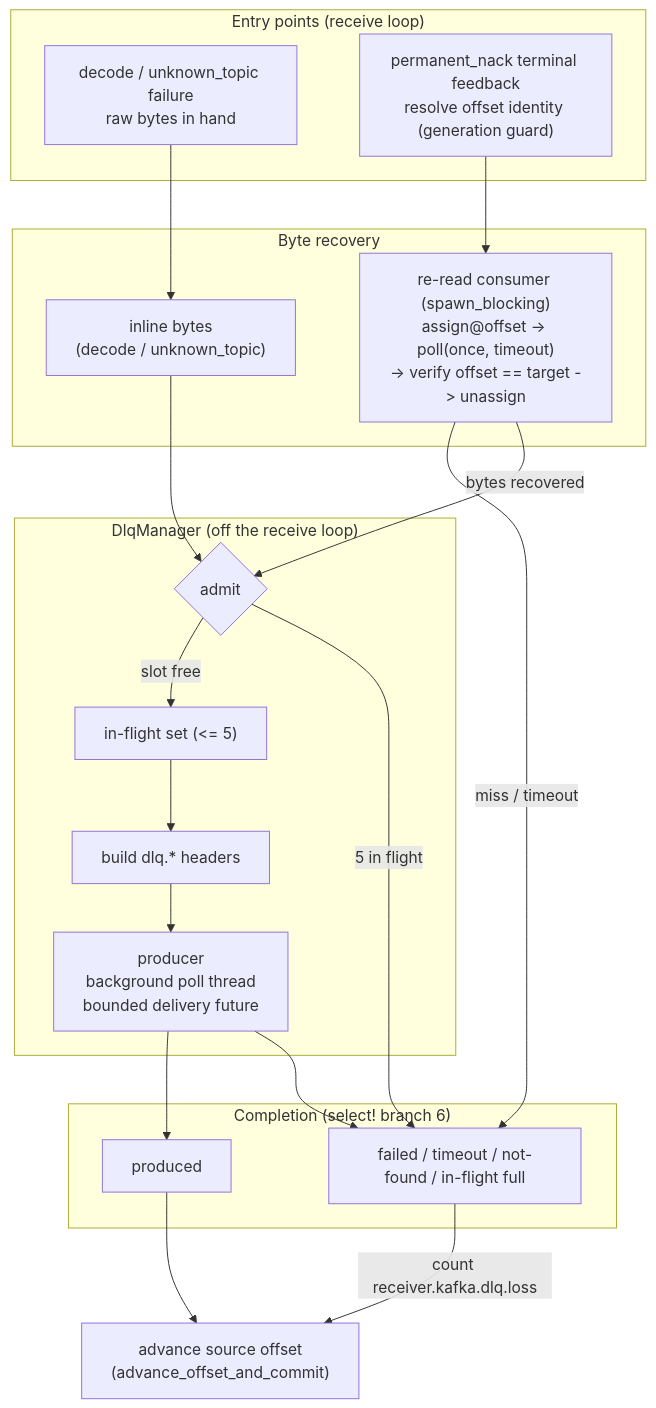
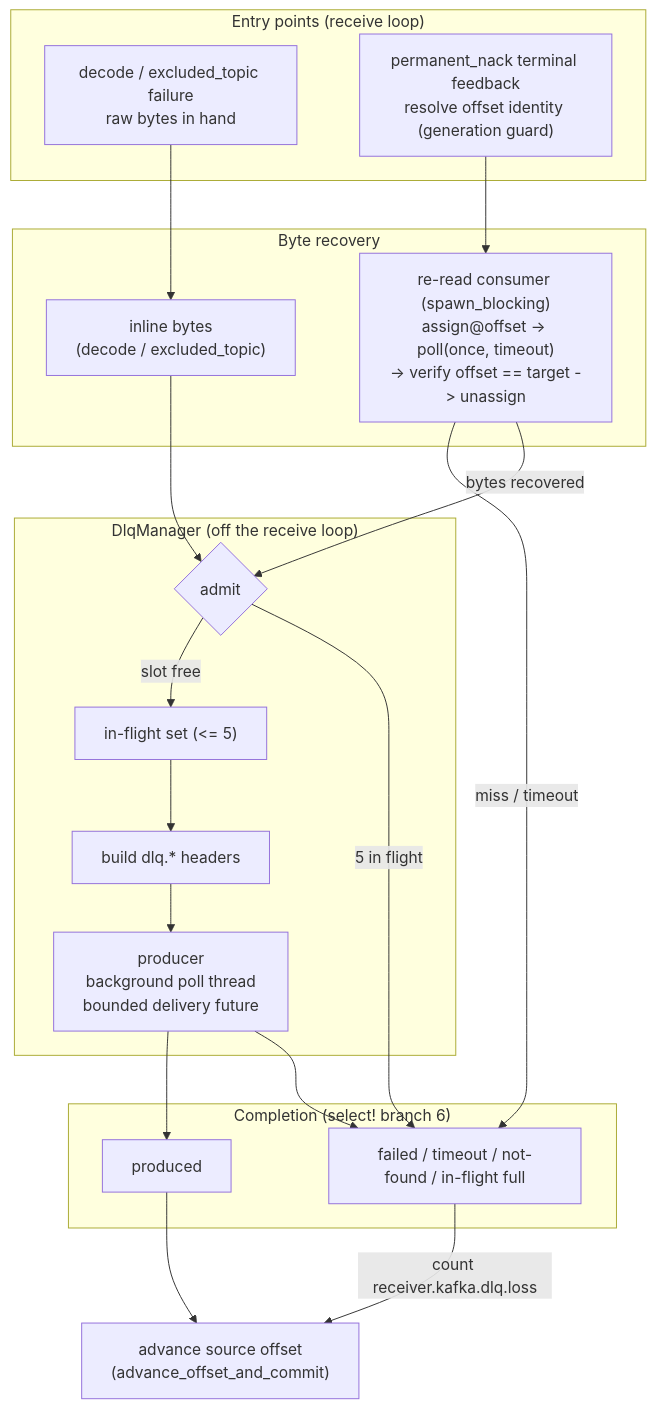
One commit to open-telemetry/otel-arrow changed the sixth of 7 diagrams in rust/otap-dataflow/crates/contrib-nodes/src/receivers/kafka_receiver/ARCHITECTURE.md. Above: the diagram before and after it, drawn with Mermaid. The commit also changed other lines of this file and 12 other files, not shown here.

Commit message:
add new tests changed unknown_topics to excluded_topics

````diff
--- a/rust/otap-dataflow/crates/contrib-nodes/src/receivers/kafka_receiver/ARCHITECTURE.md
+++ b/rust/otap-dataflow/crates/contrib-nodes/src/receivers/kafka_receiver/ARCHITECTURE.md
@@ -361,39 +362,39 @@
 ```mermaid
 flowchart TD
     subgraph ENTRY["Entry points (receive loop)"]
-        DEC["decode / unknown_topic failure<br/>raw bytes in hand"]
+        DEC["decode / excluded_topic failure<br/>raw bytes in hand"]
         PNK["permanent_nack terminal feedback<br/>resolve offset identity (generation guard)"]
     end
 
     subgraph RECOVER["Byte recovery"]
-        INLINE["inline bytes<br/>(decode / unknown_topic)"]
+        INLINE["inline bytes<br/>(decode / excluded_topic)"]
         RR["re-read consumer (spawn_blocking)<br/>assign@offset -> poll(once, timeout)<br/>-> verify offset == target -> unassign"]
     end
 
     subgraph MGR["DlqManager (off the receive loop)"]
         ADMIT{"admit"}
         INFLT["in-flight set (&lt;= 5)"]
         HDR["build dlq.* headers"]
         PROD["producer<br/>background poll thread<br/>bounded delivery future"]
     end
 
     subgraph DONE["Completion (select! branch 6)"]
         OK["produced"]
         LOSS["failed / timeout / not-found / in-flight full"]
     end
 
     ADVANCE["advance source offset<br/>(advance_offset_and_commit)"]
 
     DEC --> INLINE
     PNK --> RR
     RR -->|"miss / timeout"| LOSS
     INLINE --> ADMIT
     RR -->|"bytes recovered"| ADMIT
     ADMIT -->|"slot free"| INFLT
     ADMIT -->|"5 in flight"| LOSS
     INFLT --> HDR --> PROD
     PROD --> OK
     PROD --> LOSS
     OK --> ADVANCE
     LOSS -->|"count receiver.kafka.dlq.loss"| ADVANCE
 ```
````
